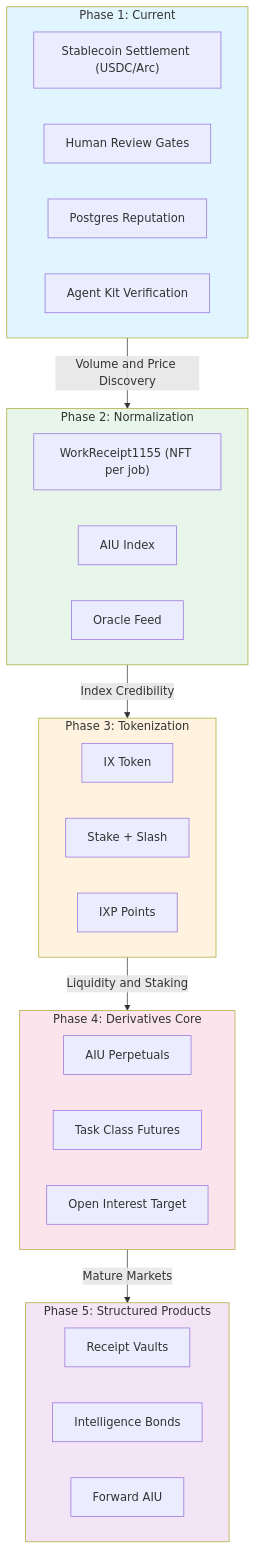
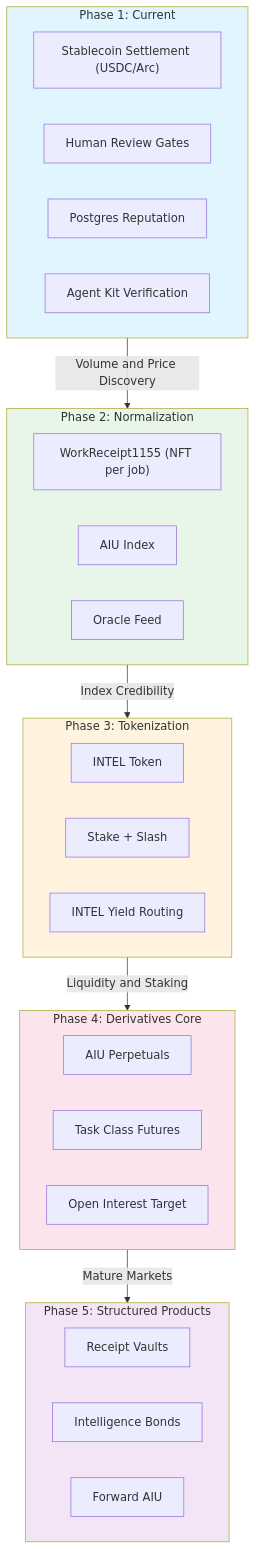
The first of 4 diagrams in docs/architecture/intelligence-derivatives-evolution.md (chimera-defi/ethglobal-cannes-2026-intelligence-exchange), drawn with Mermaid before and after one commit. The commit also changed other lines of this file and 7 other files, not shown here.

````diff
--- a/docs/architecture/intelligence-derivatives-evolution.md
+++ b/docs/architecture/intelligence-derivatives-evolution.md
@@ -7,44 +9,44 @@
 ```mermaid
 flowchart TB
     subgraph Phase1["Phase 1: Current"]
         P1_Stable["Stablecoin Settlement (USDC/Arc)"]
         P1_Human["Human Review Gates"]
         P1_Postgres["Postgres Reputation"]
         P1_AgentKit["Agent Kit Verification"]
     end
 
     subgraph Phase2["Phase 2: Normalization"]
         P2_Receipt["WorkReceipt1155 (NFT per job)"]
         P2_AIU["AIU Index"]
         P2_Oracle["Oracle Feed"]
     end
 
     subgraph Phase3["Phase 3: Tokenization"]
-        P3_IX["IX Token"]
+        P3_IX["INTEL Token"]
         P3_Stake["Stake + Slash"]
-        P3_Rewards["IXP Points"]
+        P3_Rewards["INTEL Yield Routing"]
     end
 
     subgraph Phase4["Phase 4: Derivatives Core"]
         P4_Perp["AIU Perpetuals"]
         P4_Futures["Task Class Futures"]
         P4_OI["Open Interest Target"]
     end
 
     subgraph Phase5["Phase 5: Structured Products"]
         P5_Vault["Receipt Vaults"]
         P5_Bonds["Intelligence Bonds"]
         P5_Forward["Forward AIU"]
     end
 
     Phase1 -->|"Volume and Price Discovery"| Phase2
     Phase2 -->|"Index Credibility"| Phase3
     Phase3 -->|"Liquidity and Staking"| Phase4
     Phase4 -->|"Mature Markets"| Phase5
 
     style Phase1 fill:#e1f5ff
     style Phase2 fill:#e8f5e9
     style Phase3 fill:#fff3e0
     style Phase4 fill:#fce4ec
     style Phase5 fill:#f3e5f5
 ```
````
